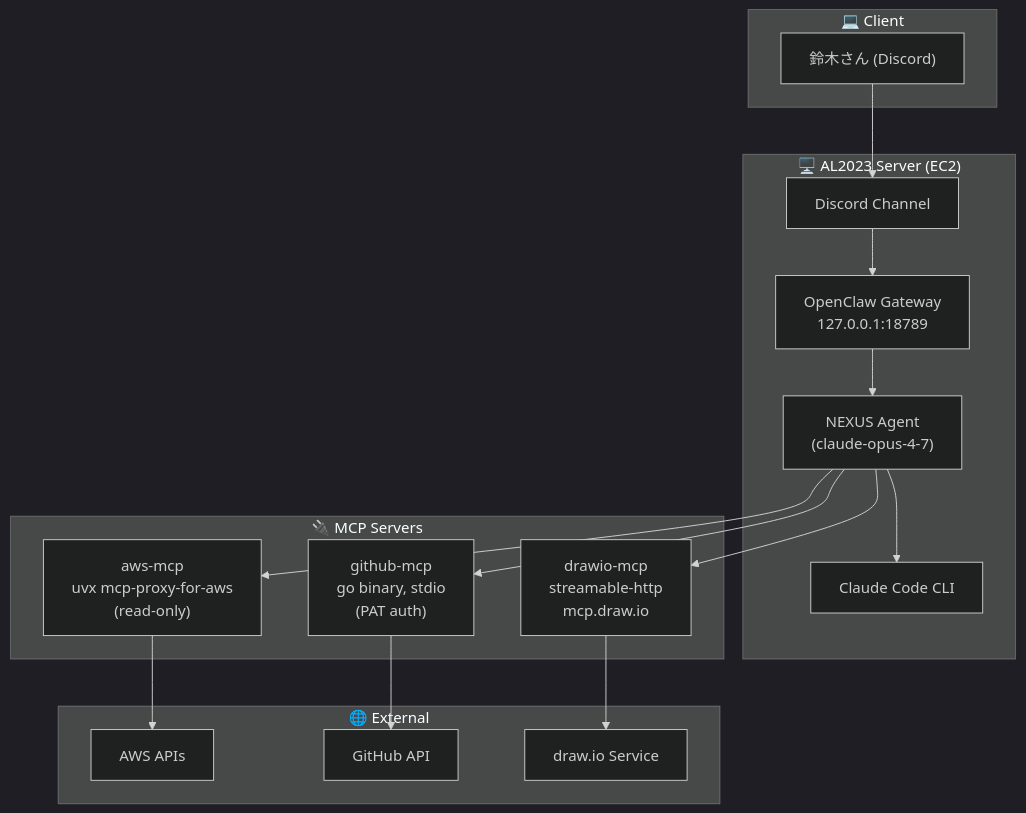
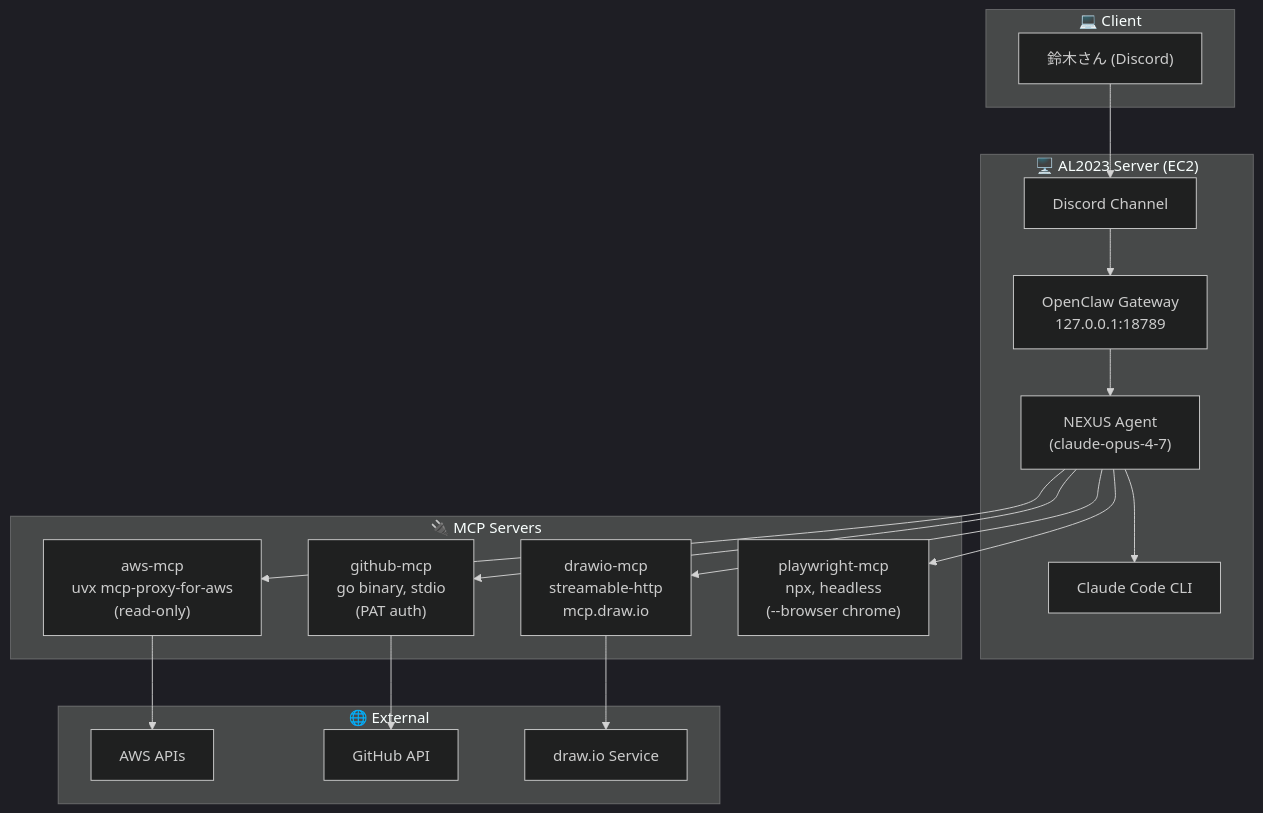
The diagram in README.md (TakahitoSuzukiii/public-openclaw-01), drawn with Mermaid (dark theme) before and after one commit. The commit also changed other lines of this file, not shown here.

````diff
--- a/README.md
+++ b/README.md
@@ -11,36 +11,38 @@
 ```mermaid
 flowchart TD
     subgraph client["💻 Client"]
         user["鈴木さん (Discord)"]
     end
 
     subgraph host["🖥️ AL2023 Server (EC2)"]
         discord_ch["Discord Channel"]
         openclaw["OpenClaw Gateway<br/>127.0.0.1:18789"]
         nexus["NEXUS Agent<br/>(claude-opus-4-7)"]
         claude_cli["Claude Code CLI"]
     end
 
     subgraph mcp["🔌 MCP Servers"]
         aws_mcp["aws-mcp<br/>uvx mcp-proxy-for-aws<br/>(read-only)"]
         github_mcp["github-mcp<br/>go binary, stdio<br/>(PAT auth)"]
         drawio_mcp["drawio-mcp<br/>streamable-http<br/>mcp.draw.io"]
+        playwright_mcp["playwright-mcp<br/>npx, headless<br/>(--browser chrome)"]
     end
 
     subgraph ext["🌐 External"]
         aws_api["AWS APIs"]
         github_api["GitHub API"]
         drawio_api["draw.io Service"]
     end
 
     user --> discord_ch
     discord_ch --> openclaw
     openclaw --> nexus
     nexus --> claude_cli
     nexus --> aws_mcp
     nexus --> github_mcp
     nexus --> drawio_mcp
+    nexus --> playwright_mcp
     aws_mcp --> aws_api
     github_mcp --> github_api
     drawio_mcp --> drawio_api
 ```
````
